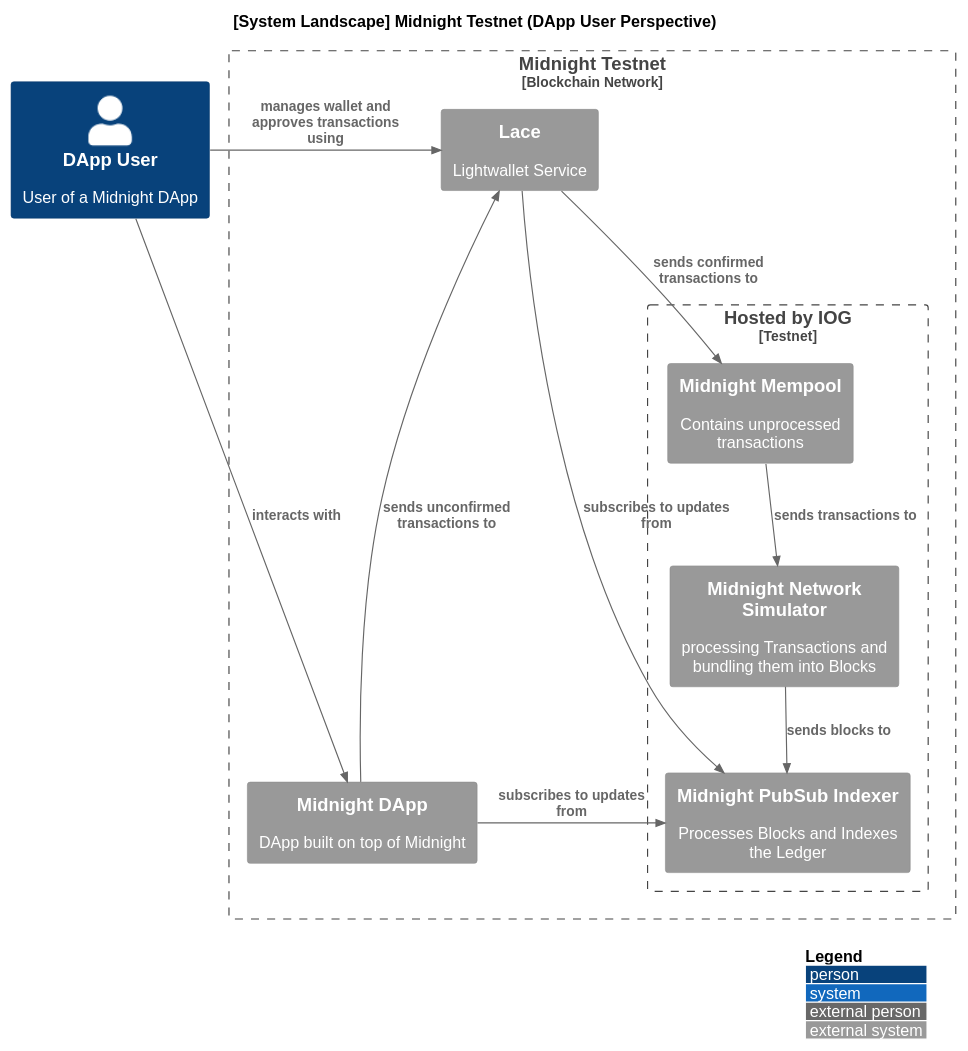
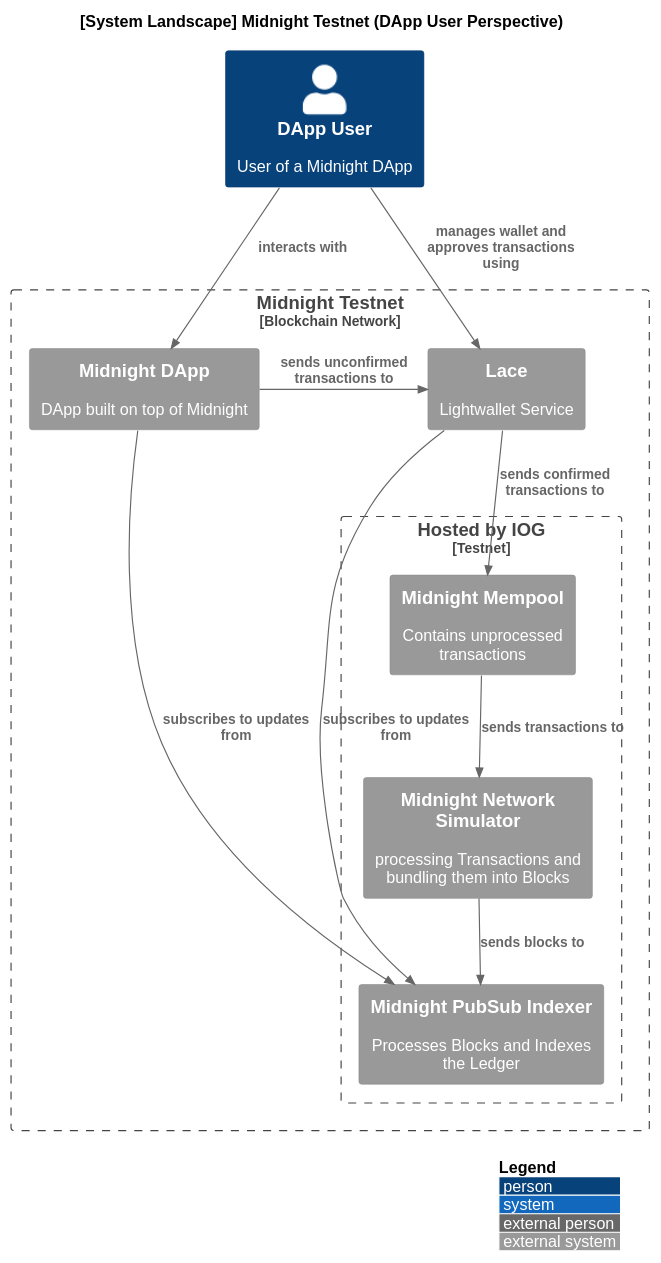
The diagram in midnight-testnet-landscape.puml (midnightntwrk/midnight-architecture), drawn with PlantUML before and after one commit.

Commit message:
Simplify the landscape diagram

```diff
--- a/midnight-testnet-landscape.puml
+++ b/midnight-testnet-landscape.puml
@@ -1,55 +1,54 @@
 @startuml System Landscape diagram for Midnight Testnet
 !include https://raw.githubusercontent.com/plantuml-stdlib/C4-PlantUML/master/C4_Context.puml
 
 ' set font
 skinparam defaultFontName Liberation Sans
 
 ' Enable legend
 LAYOUT_WITH_LEGEND()
 
 ' Title
 title [System Landscape] Midnight Testnet (DApp User Perspective)
 
 ' DApp user
 Person(user, "DApp User", "User of a Midnight DApp")
 
 ' IOG
 ' Person_Ext(iog, "IOG", "Midnight Infrastructure Operator")
 
 ' Midnight Network
 Boundary(midnight, "Midnight Testnet", $type="Blockchain Network"){
     Boundary(testnet, "Hosted by IOG", $type="Testnet"){
         ' Midnight Mempool
         System_Ext(mempool, "Midnight Mempool", "Contains unprocessed transactions")   
         
         ' Midnight Node
         System_Ext(node, "Midnight Network Simulator", "processing Transactions and bundling them into Blocks")
         
         ' Midnight PubSub Indexer
         System_Ext(indexer, "Midnight PubSub Indexer", "Processes Blocks and Indexes the Ledger")
     }
 
     ' Midnight DApp
     System_Ext(dapp, "Midnight DApp", "DApp built on top of Midnight")
     
     ' Lace
     System_Ext(lace, "Lace", "Lightwallet Service")
 
     ' User Relationships
-    Rel_R(user, lace, "manages wallet and approves transactions using")
+    Rel(user, lace, "manages wallet and approves transactions using")
     Rel(user, dapp, "interacts with")
     
     ' DAppp Relationships
-    Rel_R(dapp, indexer, "subscribes to updates from")
-    Rel_U(dapp, lace, "sends unconfirmed transactions to")
-    
+    Rel(dapp, indexer, "subscribes to updates from")
+    Rel_R(dapp, lace, "sends unconfirmed transactions to")
 
     ' Lace Relationships
     Rel(lace, mempool, "sends confirmed transactions to")
     Rel(lace, indexer, "subscribes to updates from")
 
     ' Node relationships
-    Rel_D(node, indexer, "sends blocks to")
-    Rel_D(mempool, node, "sends transactions to")
+    Rel(node, indexer, "sends blocks to")
+    Rel(mempool, node, "sends transactions to")
 }
 @enduml
```
